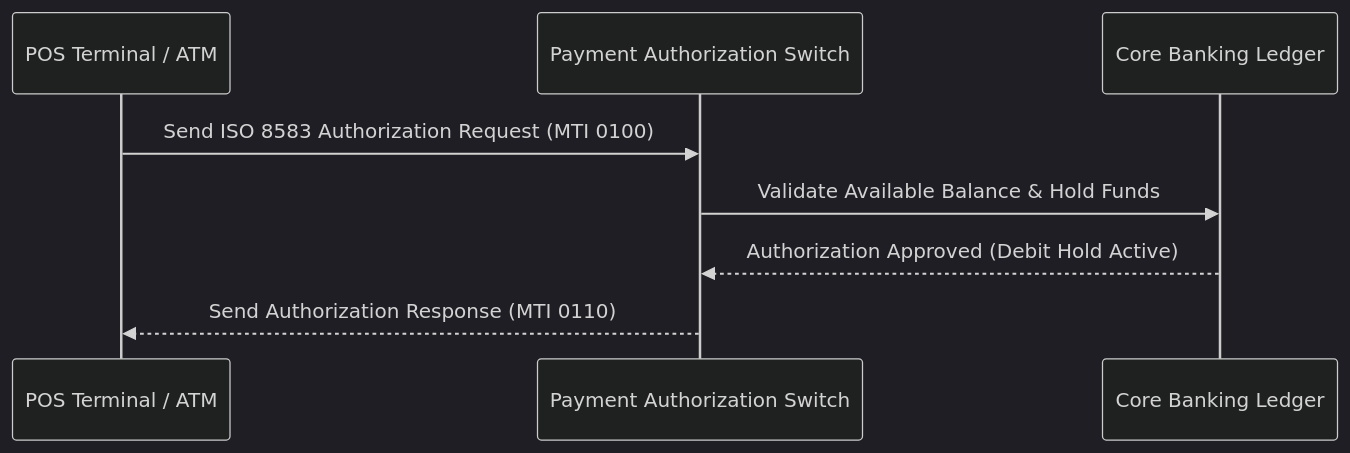
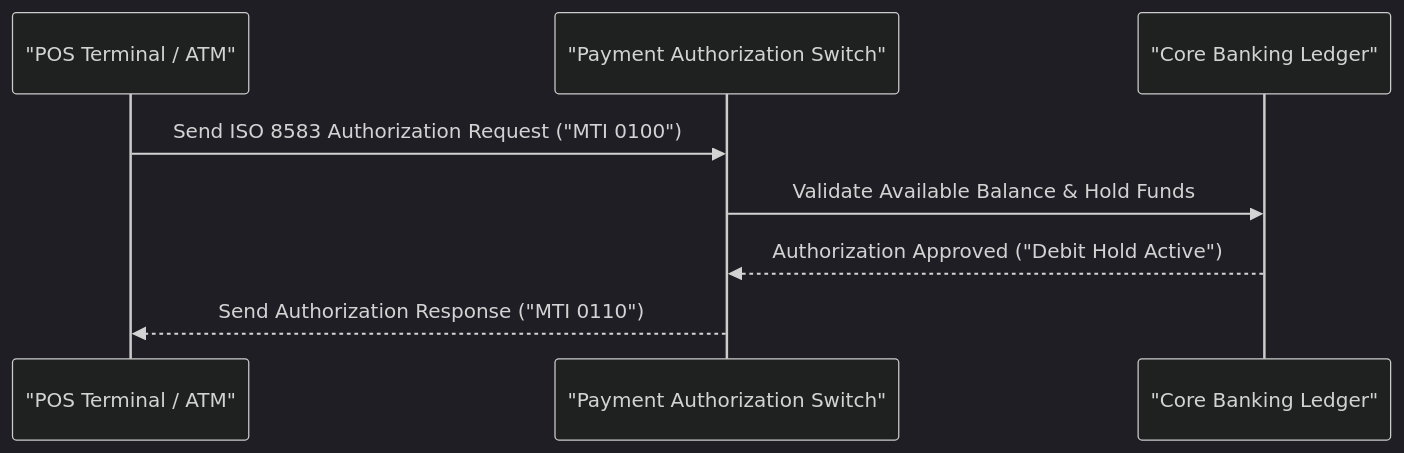
The second of 2 diagrams in content/series/core-banking-developer/part-5-iso-standards-integration.md (vesviet/vesviet), drawn with Mermaid (dark theme) before and after one commit. The commit also changed other lines of this file and 331 other files, not shown here.

````diff
--- a/content/series/core-banking-developer/part-5-iso-standards-integration.md
+++ b/content/series/core-banking-developer/part-5-iso-standards-integration.md
@@ -337,11 +339,11 @@
 ```mermaid
 sequenceDiagram
-    participant Merchant as POS Terminal / ATM
-    participant Switch as Payment Authorization Switch
-    participant Core as Core Banking Ledger
+    participant Merchant as "POS Terminal / ATM"
+    participant Switch as "Payment Authorization Switch"
+    participant Core as "Core Banking Ledger"
     
-    Merchant->>Switch: Send ISO 8583 Authorization Request (MTI 0100)
+    Merchant->>Switch: Send ISO 8583 Authorization Request ("MTI 0100")
     Switch->>Core: Validate Available Balance & Hold Funds
-    Core-->>Switch: Authorization Approved (Debit Hold Active)
-    Switch-->>Merchant: Send Authorization Response (MTI 0110)
+    Core-->>Switch: Authorization Approved ("Debit Hold Active")
+    Switch-->>Merchant: Send Authorization Response ("MTI 0110")
 ```
````
